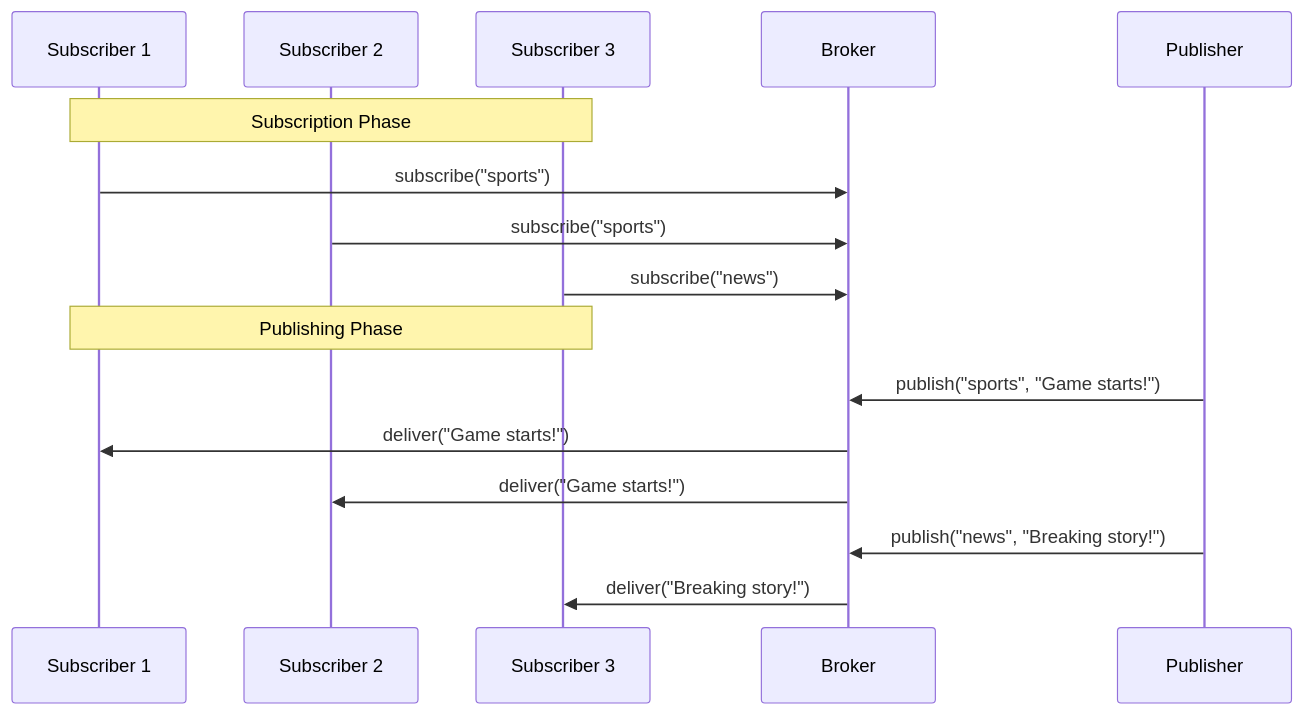
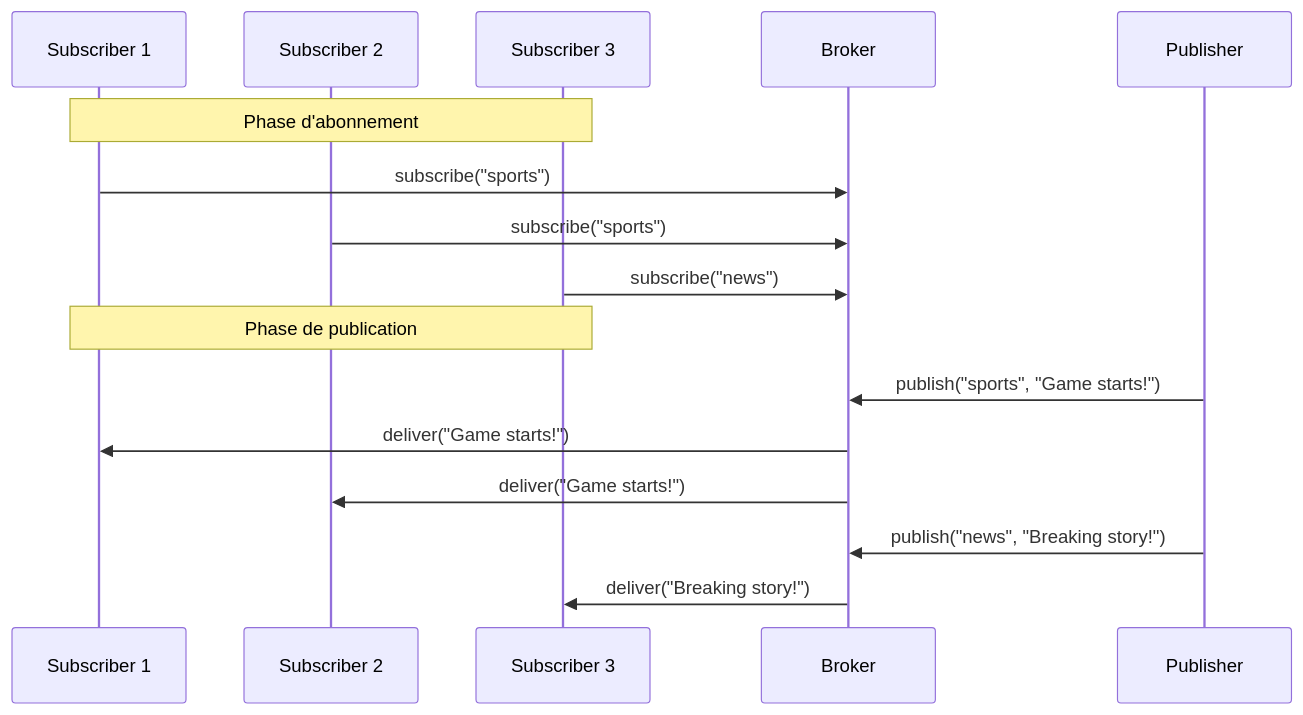
Before and after one commit to dardourimohamed/distributed-systems-course: the second of 6 diagrams in src/real-time/09-pub-sub.md, drawn with Mermaid. The commit also changed other lines of this file and 38 other files, not shown here.

````diff
--- a/src/real-time/09-pub-sub.md
+++ b/src/real-time/09-pub-sub.md
@@ -55,21 +55,21 @@
 ```mermaid
 sequenceDiagram
     participant S1 as Subscriber 1
     participant S2 as Subscriber 2
     participant S3 as Subscriber 3
     participant B as Broker
     participant P as Publisher
 
-    Note over S1,S3: Subscription Phase
+    Note over S1,S3: Phase d'abonnement
     S1->>B: subscribe("sports")
     S2->>B: subscribe("sports")
     S3->>B: subscribe("news")
 
-    Note over S1,S3: Publishing Phase
+    Note over S1,S3: Phase de publication
     P->>B: publish("sports", "Game starts!")
     B->>S1: deliver("Game starts!")
     B->>S2: deliver("Game starts!")
 
     P->>B: publish("news", "Breaking story!")
     B->>S3: deliver("Breaking story!")
 ```
````
